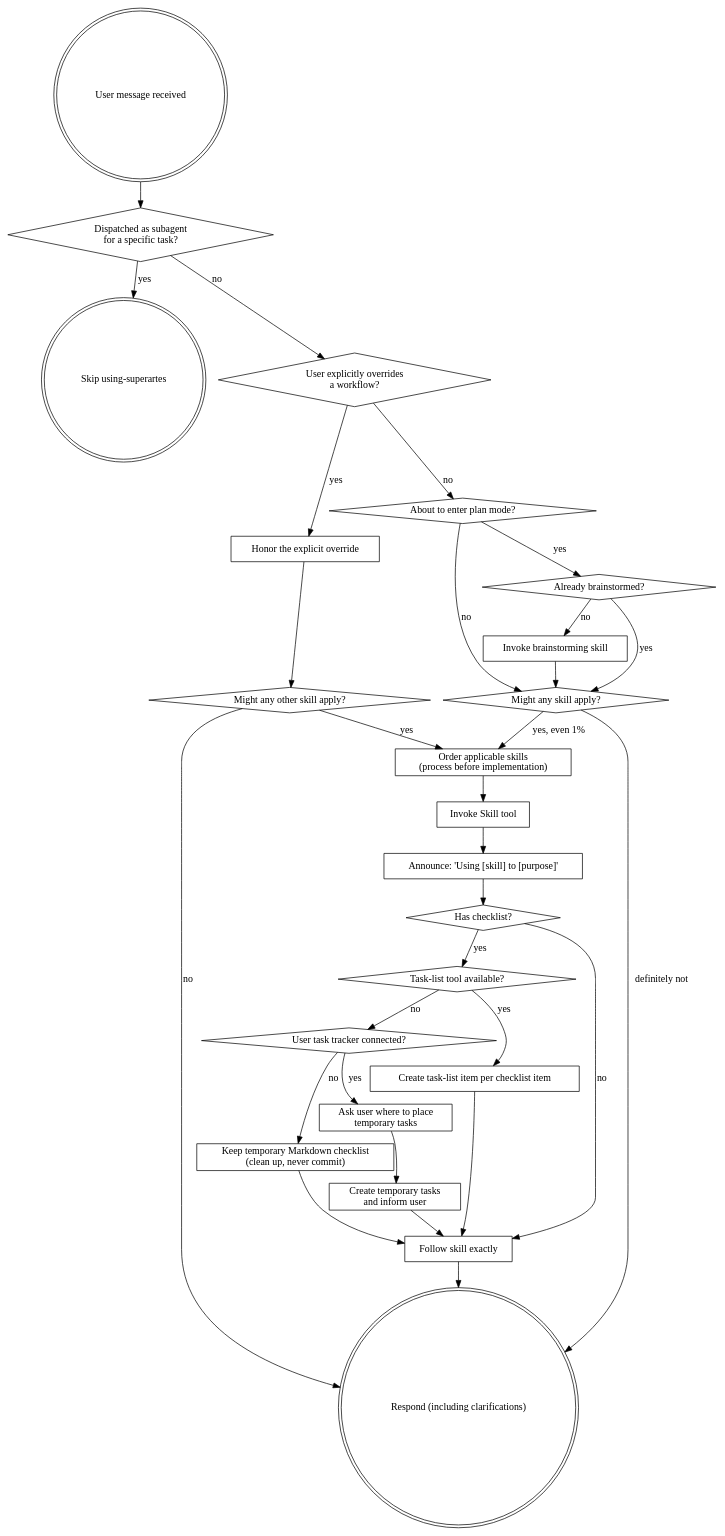
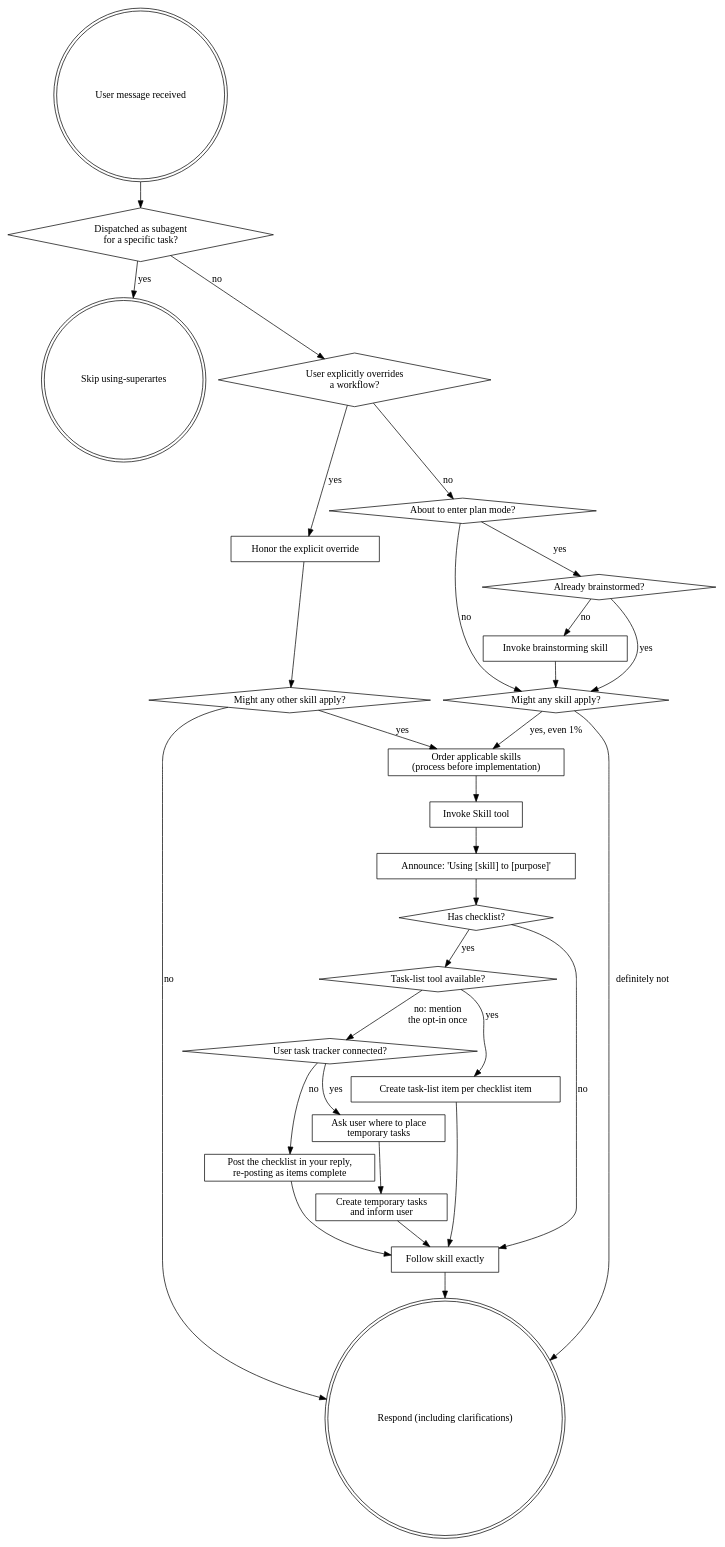
One commit to andybrandt/superartes changed the diagram in skills/using-superartes/SKILL.md. Above: the diagram before and after it, drawn with Graphviz. The commit also changed other lines of this file and 3 other files, not shown here.

First line of the commit message:
Tell agents when the task-list tool is switched off rather than absent

````diff
--- a/skills/using-superartes/SKILL.md
+++ b/skills/using-superartes/SKILL.md
@@ -50,56 +60,56 @@
 ```dot
 digraph skill_flow {
     "User message received" [shape=doublecircle];
     "Dispatched as subagent\nfor a specific task?" [shape=diamond];
     "Skip using-superartes" [shape=doublecircle];
     "User explicitly overrides\na workflow?" [shape=diamond];
     "Honor the explicit override" [shape=box];
     "Might any other skill apply?" [shape=diamond];
     "About to enter plan mode?" [shape=diamond];
     "Already brainstormed?" [shape=diamond];
     "Invoke brainstorming skill" [shape=box];
     "Might any skill apply?" [shape=diamond];
     "Order applicable skills\n(process before implementation)" [shape=box];
     "Invoke Skill tool" [shape=box];
     "Announce: 'Using [skill] to [purpose]'" [shape=box];
     "Has checklist?" [shape=diamond];
     "Task-list tool available?" [shape=diamond];
     "Create task-list item per checklist item" [shape=box];
     "User task tracker connected?" [shape=diamond];
     "Ask user where to place\ntemporary tasks" [shape=box];
     "Create temporary tasks\nand inform user" [shape=box];
-    "Keep temporary Markdown checklist\n(clean up, never commit)" [shape=box];
+    "Post the checklist in your reply,\nre-posting as items complete" [shape=box];
     "Follow skill exactly" [shape=box];
     "Respond (including clarifications)" [shape=doublecircle];
 
     "User message received" -> "Dispatched as subagent\nfor a specific task?";
     "Dispatched as subagent\nfor a specific task?" -> "Skip using-superartes" [label="yes"];
     "Dispatched as subagent\nfor a specific task?" -> "User explicitly overrides\na workflow?" [label="no"];
     "User explicitly overrides\na workflow?" -> "Honor the explicit override" [label="yes"];
     "User explicitly overrides\na workflow?" -> "About to enter plan mode?" [label="no"];
     "Honor the explicit override" -> "Might any other skill apply?";
     "Might any other skill apply?" -> "Order applicable skills\n(process before implementation)" [label="yes"];
     "Might any other skill apply?" -> "Respond (including clarifications)" [label="no"];
     "About to enter plan mode?" -> "Already brainstormed?" [label="yes"];
     "About to enter plan mode?" -> "Might any skill apply?" [label="no"];
     "Already brainstormed?" -> "Invoke brainstorming skill" [label="no"];
     "Already brainstormed?" -> "Might any skill apply?" [label="yes"];
     "Invoke brainstorming skill" -> "Might any skill apply?";
     "Might any skill apply?" -> "Order applicable skills\n(process before implementation)" [label="yes, even 1%"];
     "Might any skill apply?" -> "Respond (including clarifications)" [label="definitely not"];
     "Order applicable skills\n(process before implementation)" -> "Invoke Skill tool";
     "Invoke Skill tool" -> "Announce: 'Using [skill] to [purpose]'";
     "Announce: 'Using [skill] to [purpose]'" -> "Has checklist?";
     "Has checklist?" -> "Task-list tool available?" [label="yes"];
     "Has checklist?" -> "Follow skill exactly" [label="no"];
     "Task-list tool available?" -> "Create task-list item per checklist item" [label="yes"];
-    "Task-list tool available?" -> "User task tracker connected?" [label="no"];
+    "Task-list tool available?" -> "User task tracker connected?" [label="no: mention\nthe opt-in once"];
     "User task tracker connected?" -> "Ask user where to place\ntemporary tasks" [label="yes"];
-    "User task tracker connected?" -> "Keep temporary Markdown checklist\n(clean up, never commit)" [label="no"];
+    "User task tracker connected?" -> "Post the checklist in your reply,\nre-posting as items complete" [label="no"];
     "Ask user where to place\ntemporary tasks" -> "Create temporary tasks\nand inform user";
     "Create task-list item per checklist item" -> "Follow skill exactly";
     "Create temporary tasks\nand inform user" -> "Follow skill exactly";
-    "Keep temporary Markdown checklist\n(clean up, never commit)" -> "Follow skill exactly";
+    "Post the checklist in your reply,\nre-posting as items complete" -> "Follow skill exactly";
     "Follow skill exactly" -> "Respond (including clarifications)";
 }
 ```
````
